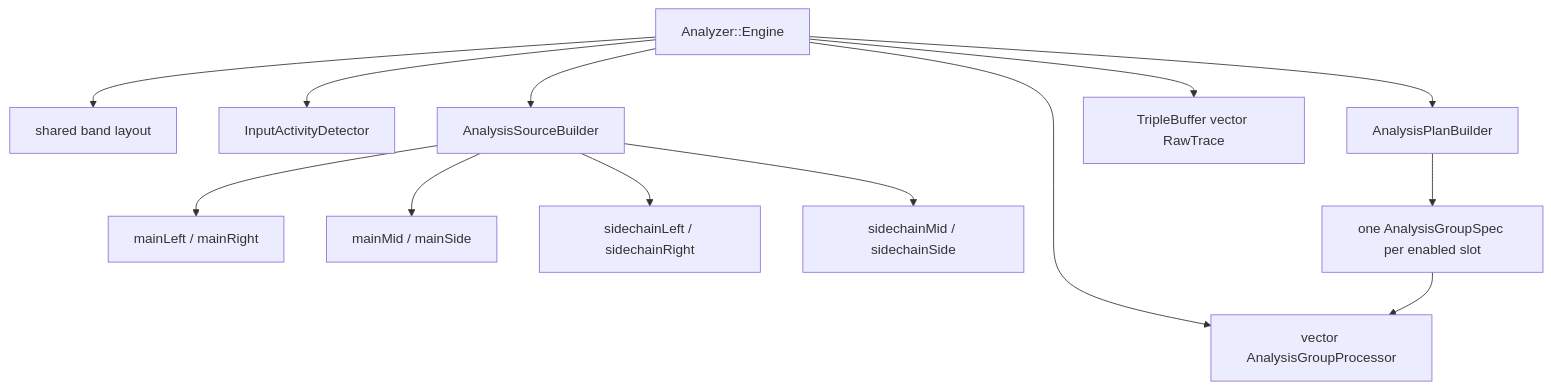
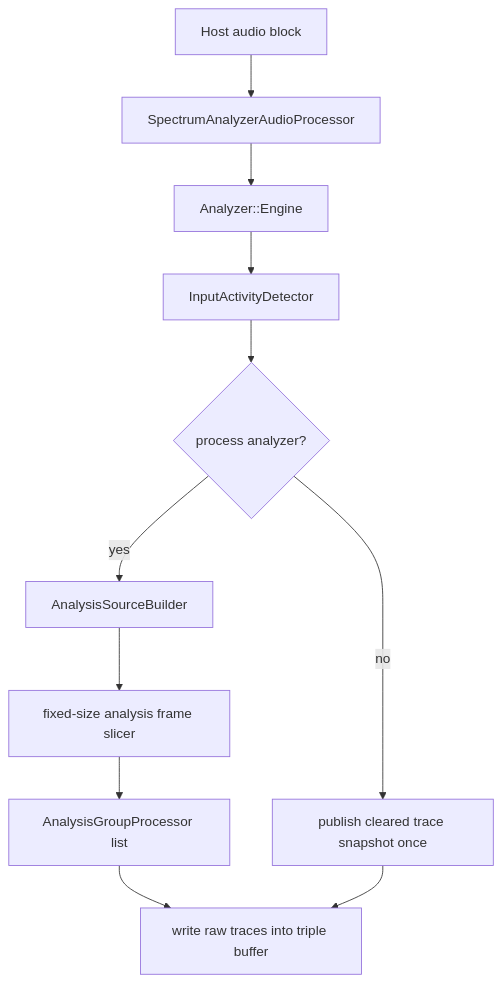
One commit to Silenterc/Band-Spectrum-Analyzer changed the third of 7 diagrams in docs/audio-processing-architecture.md. Above: the diagram before and after it, drawn with Mermaid. The commit also changed other lines of this file and 173 other files, not shown here.

````diff
--- a/docs/audio-processing-architecture.md
+++ b/docs/audio-processing-architecture.md
@@ -57,17 +126,13 @@
 ```mermaid
 flowchart TD
-    Engine[Analyzer::Engine] --> Bands[shared band layout]
+    Host[Host audio block] --> Processor[SpectrumAnalyzerAudioProcessor]
+    Processor --> Engine[Analyzer::Engine]
     Engine --> Activity[InputActivityDetector]
-    Engine --> SourceBuilder[AnalysisSourceBuilder]
-    Engine --> PlanBuilder[AnalysisPlanBuilder]
-    Engine --> Processors[vector AnalysisGroupProcessor]
-    Engine --> Published[TripleBuffer vector RawTrace]
-
-    SourceBuilder --> MainViews[mainLeft / mainRight]
-    SourceBuilder --> MainDerived[mainMid / mainSide]
-    SourceBuilder --> SideViews[sidechainLeft / sidechainRight]
-    SourceBuilder --> SideDerived[sidechainMid / sidechainSide]
-
-    PlanBuilder --> Specs[one AnalysisGroupSpec per enabled slot]
-    Specs --> Processors
+    Activity --> Gate{process analyzer?}
+    Gate -->|yes| SourceBuilder[AnalysisSourceBuilder]
+    SourceBuilder --> Slice[fixed-size analysis frame slicer]
+    Slice --> GroupProcessors[AnalysisGroupProcessor list]
+    GroupProcessors --> Publish[write raw traces into triple buffer]
+    Gate -->|no| Silence[publish cleared trace snapshot once]
+    Silence --> Publish
 ```
````
